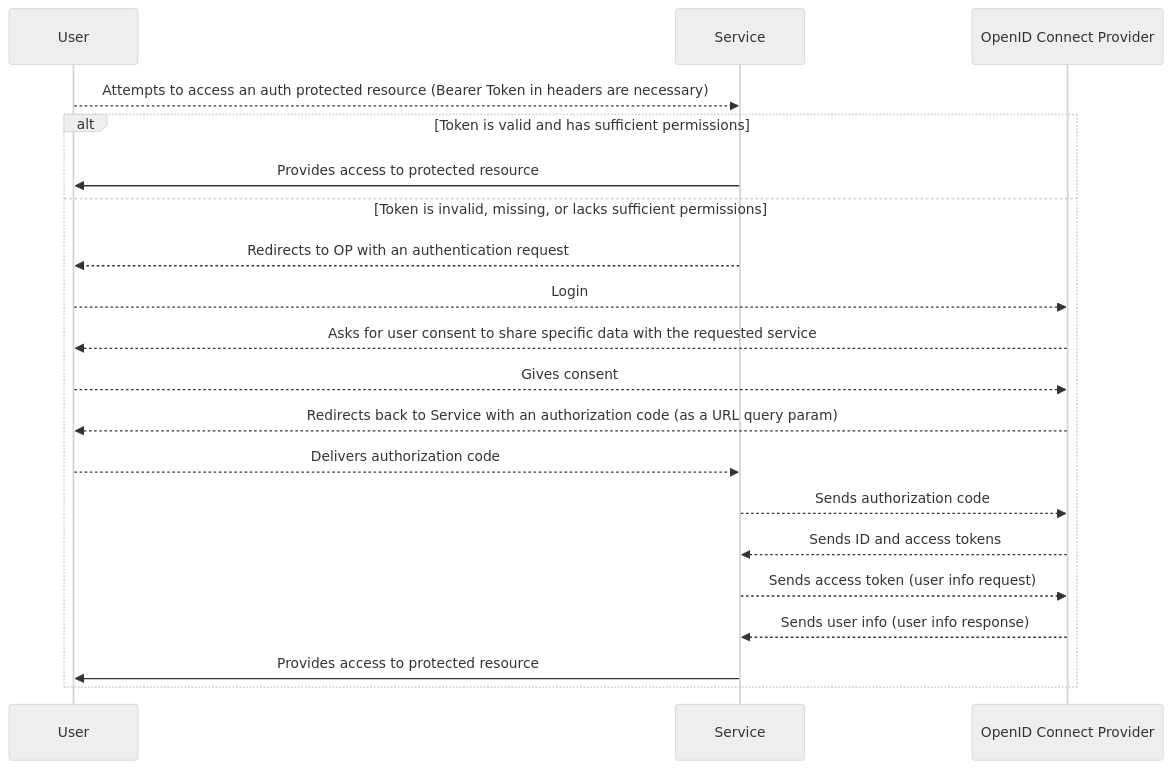
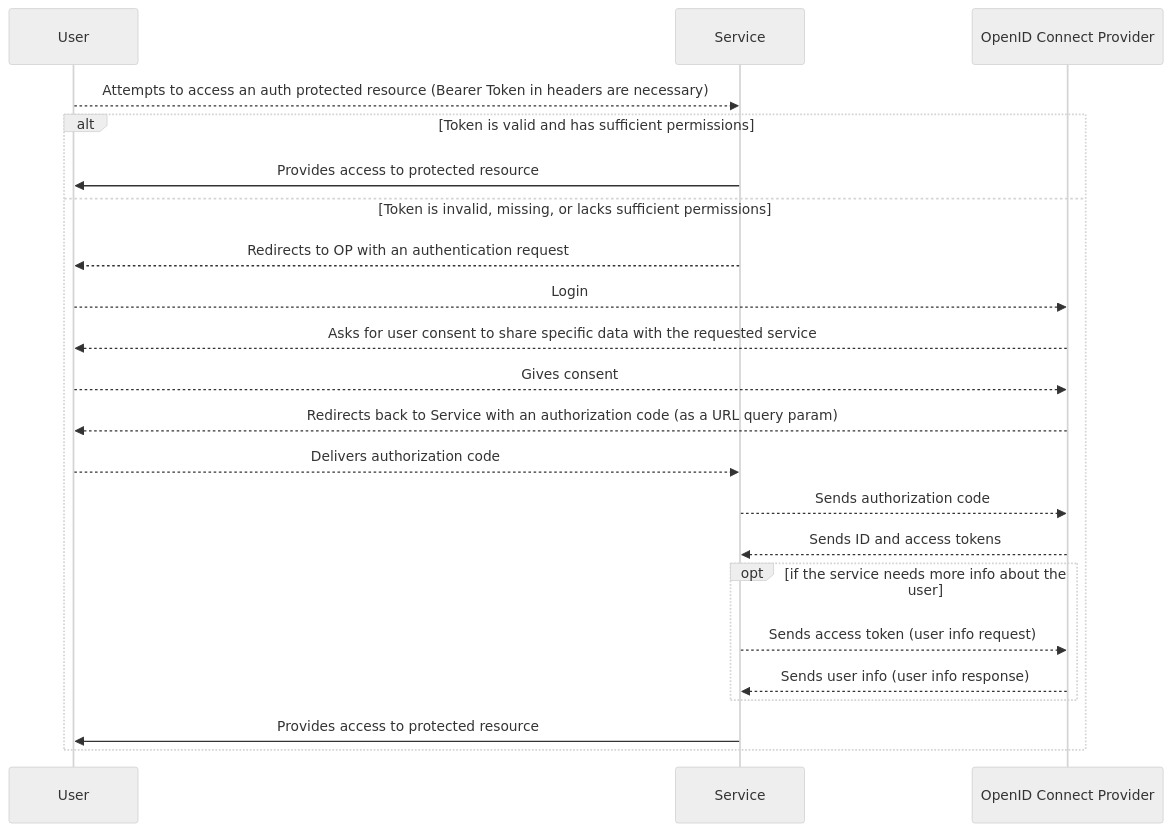
The diagram in README.md (yactouat-reboot/pips_sso), drawn with Mermaid (neutral theme) before and after one commit. The commit also changed other lines of this file and 10 other files, not shown here.

````diff
--- a/README.md
+++ b/README.md
@@ -17,22 +17,24 @@
     ```mermaid
     sequenceDiagram
         participant User
         participant Service
         participant OP as OpenID Connect Provider
         User-->>Service: Attempts to access an auth protected resource (Bearer Token in headers are necessary)
         alt Token is valid and has sufficient permissions
             Service->>User: Provides access to protected resource
         else Token is invalid, missing, or lacks sufficient permissions
             Service-->>User: Redirects to OP with an authentication request
             User-->>OP: Login
             OP-->>User: Asks for user consent to share specific data with the requested service
             User-->>OP: Gives consent
             OP-->>User: Redirects back to Service with an authorization code (as a URL query param)
             User-->>Service: Delivers authorization code
             Service-->>OP: Sends authorization code
             OP-->>Service: Sends ID and access tokens
-            Service-->>OP: Sends access token (user info request)
-            OP-->>Service: Sends user info (user info response)
+            opt if the service needs more info about the user
+                Service-->>OP: Sends access token (user info request)
+                OP-->>Service: Sends user info (user info response)
+            end
             Service->>User: Provides access to protected resource
         end
     ```
````
